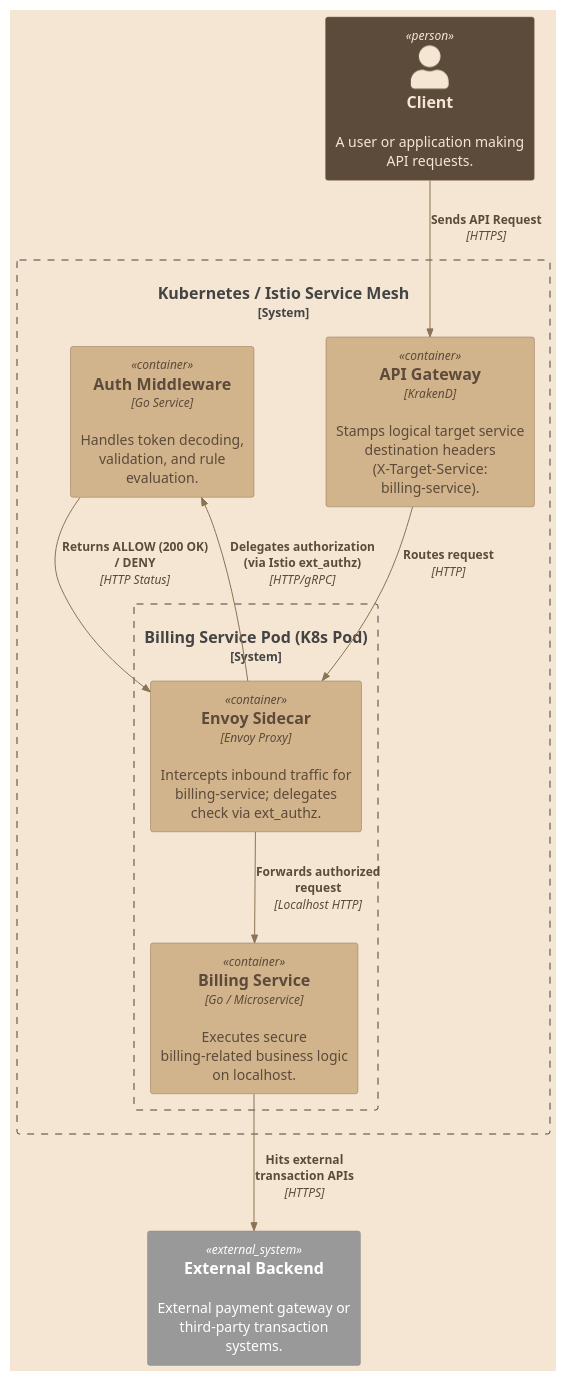
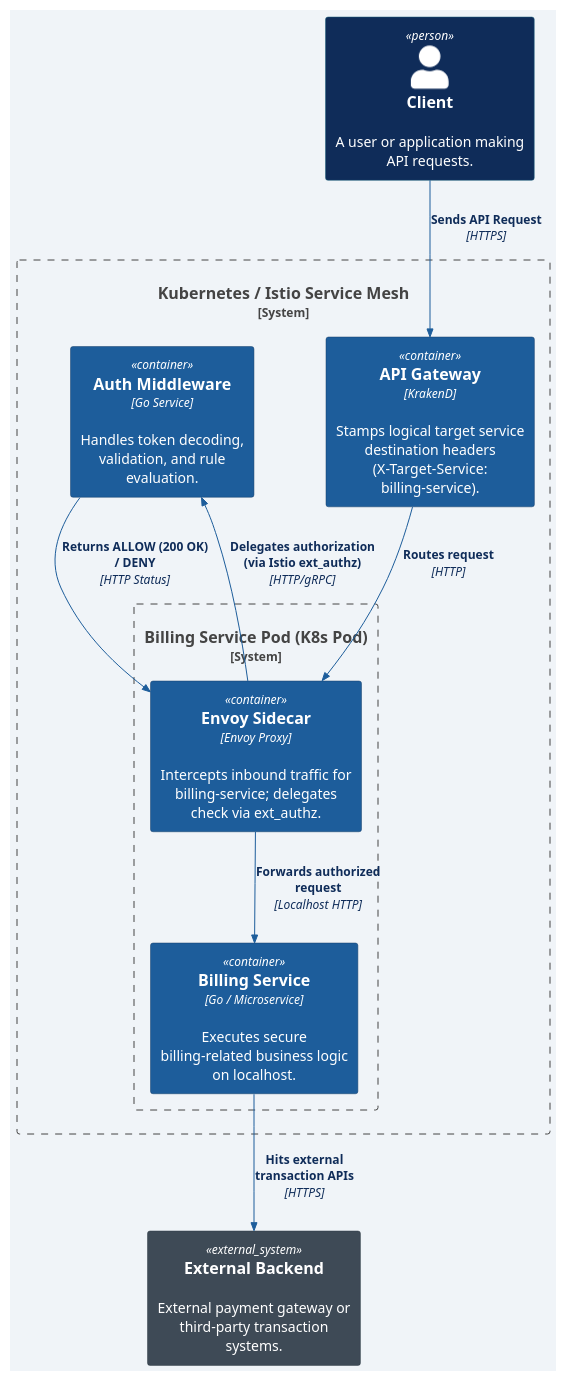
Before and after one commit to kiquetal/kiquetal.github.io: the diagram in public/blog/2026-08-08-auth-ext-middleware/c2-container.puml, drawn with PlantUML. The commit also changed 3 other files, not shown here.

Commit message:
feat: enhance C4 diagrams with external backend interactions and updated styling

```diff
--- a/public/blog/2026-08-08-auth-ext-middleware/c2-container.puml
+++ b/public/blog/2026-08-08-auth-ext-middleware/c2-container.puml
@@ -1,33 +1,54 @@
 @startuml
 !include <C4/C4_Container>
 
-skinparam backgroundcolor #F5E6D3
+skinparam backgroundcolor #F0F4F8
 skinparam DefaultFontName "Courier New"
 
-UpdateElementStyle("person", $bgColor="#5C4A3A", $fontColor="#F5E6D3", $borderColor="#8B7355")
-UpdateElementStyle("container", $bgColor="#D2B48C", $fontColor="#5C4A3A", $borderColor="#8B7355")
-UpdateRelStyle($lineColor="#8B7355", $textColor="#5C4A3A")
+skinparam rectangle<<person>> {
+    BackgroundColor #0F2C59
+    FontColor #FFFFFF
+    BorderColor #1A5F7A
+}
+skinparam rectangle<<external_person>> {
+    BackgroundColor #3E4A56
+    FontColor #FFFFFF
+    BorderColor #2F3A44
+}
+skinparam rectangle<<container>> {
+    BackgroundColor #1D5D9B
+    FontColor #FFFFFF
+    BorderColor #143F6B
+}
+skinparam rectangle<<external_system>> {
+    BackgroundColor #3E4A56
+    FontColor #FFFFFF
+    BorderColor #2F3A44
+}
+skinparam arrow {
+    Color #1D5D9B
+    FontColor #0F2C59
+}
 
 Person(client, "Client", "A user or application making API requests.")
 
 System_Boundary(mesh, "Kubernetes / Istio Service Mesh") {
     Container(gateway, "API Gateway", "KrakenD", "Stamps logical target service destination headers (X-Target-Service: billing-service).")
     
     System_Boundary(pod, "Billing Service Pod (K8s Pod)") {
         Container(sidecar, "Envoy Sidecar", "Envoy Proxy", "Intercepts inbound traffic for billing-service; delegates check via ext_authz.")
         Container(backend, "Billing Service", "Go / Microservice", "Executes secure billing-related business logic on localhost.")
     }
     
     Container(middleware, "Auth Middleware", "Go Service", "Handles token decoding, validation, and rule evaluation.")
 }
 
 System_Ext(ext_backend, "External Backend", "External payment gateway or third-party transaction systems.")
 
 Rel(client, gateway, "Sends API Request", "HTTPS")
 Rel(gateway, sidecar, "Routes request", "HTTP")
 Rel(sidecar, middleware, "Delegates authorization (via Istio ext_authz)", "HTTP/gRPC")
 Rel(middleware, sidecar, "Returns ALLOW (200 OK) / DENY", "HTTP Status")
 Rel(sidecar, backend, "Forwards authorized request", "Localhost HTTP")
 Rel(backend, ext_backend, "Hits external transaction APIs", "HTTPS")
 
 @enduml
```
